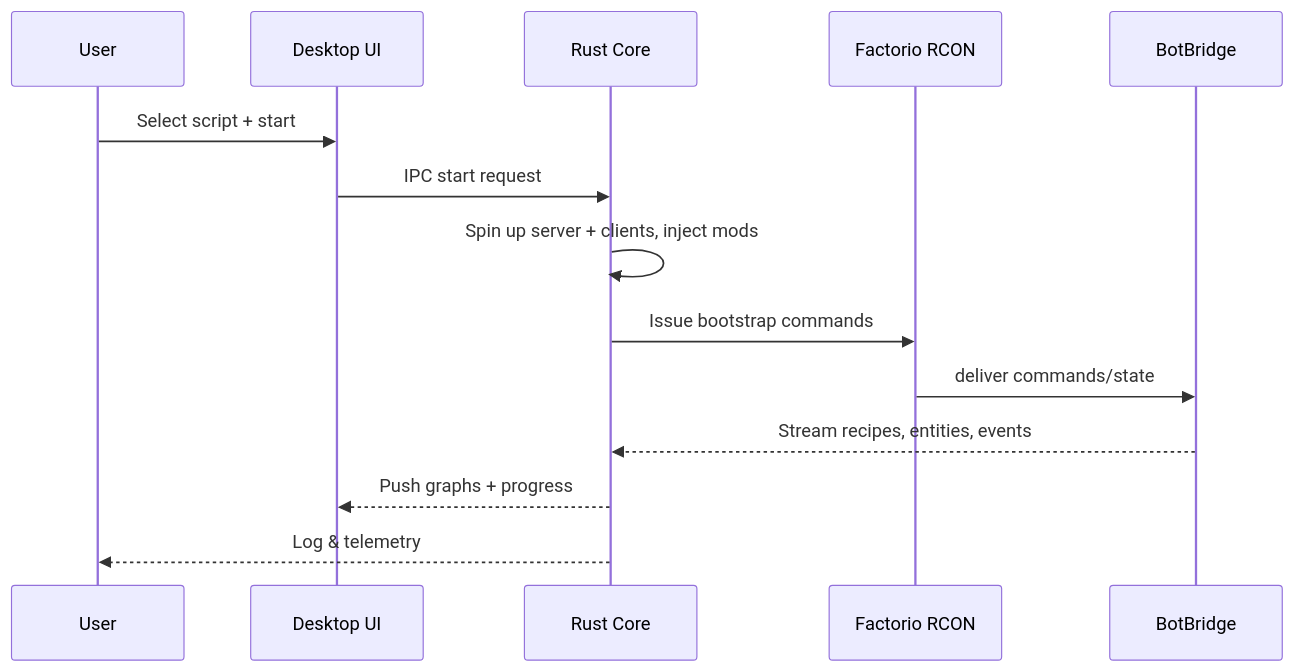
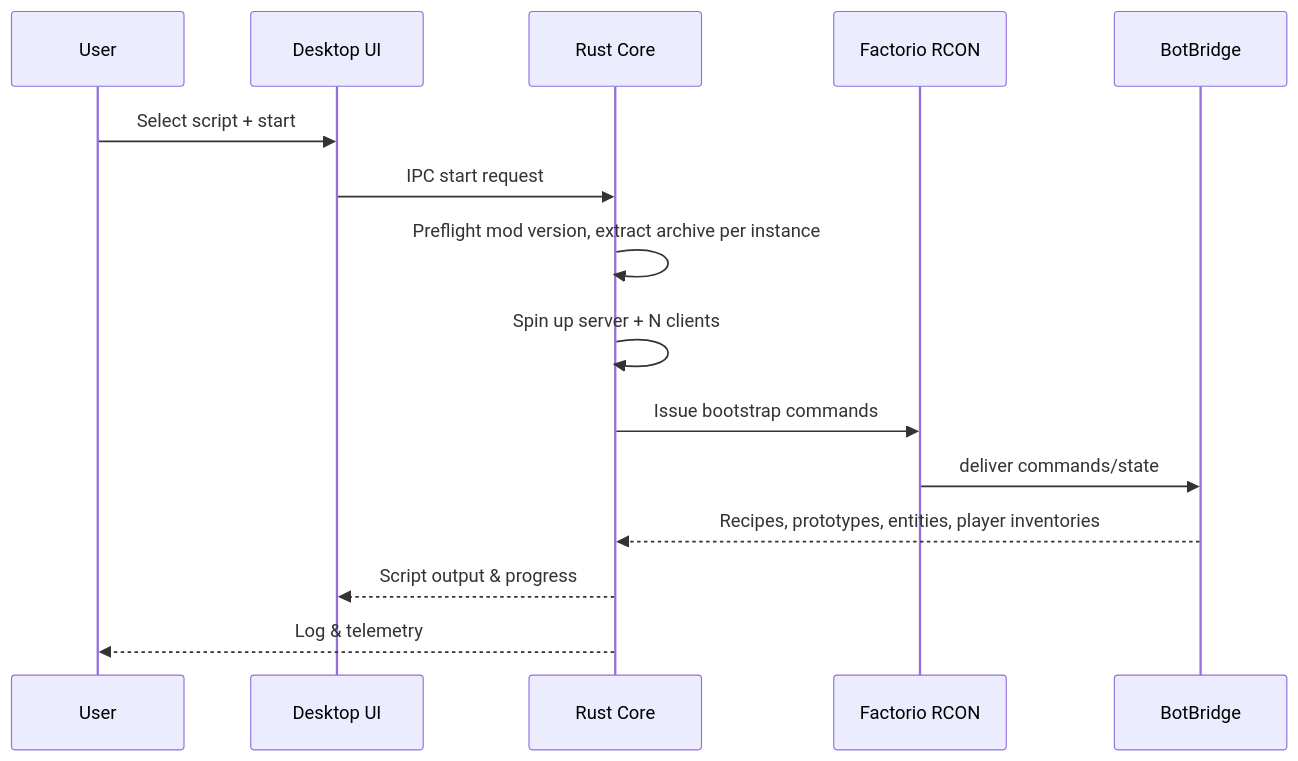
Before and after one commit to arturh85/factorio-bot: the second of 2 diagrams in docs/devguide/architecture.md, drawn with Mermaid. The commit also changed other lines of this file and 4 other files, not shown here.

````diff
--- a/docs/devguide/architecture.md
+++ b/docs/devguide/architecture.md
@@ -35,17 +38,18 @@
 ```mermaid
 sequenceDiagram
     participant User
     participant UI as Desktop UI
     participant Core as Rust Core
     participant RCON as Factorio RCON
     participant Mod as BotBridge
 
     User->>UI: Select script + start
     UI->>Core: IPC start request
-    Core->>Core: Spin up server + clients, inject mods
+    Core->>Core: Preflight mod version, extract archive per instance
+    Core->>Core: Spin up server + N clients
     Core->>RCON: Issue bootstrap commands
     RCON->>Mod: deliver commands/state
-    Mod-->>Core: Stream recipes, entities, events
-    Core-->>UI: Push graphs + progress
+    Mod-->>Core: Recipes, prototypes, entities, player inventories
+    Core-->>UI: Script output & progress
     Core-->>User: Log & telemetry
 ```
````
